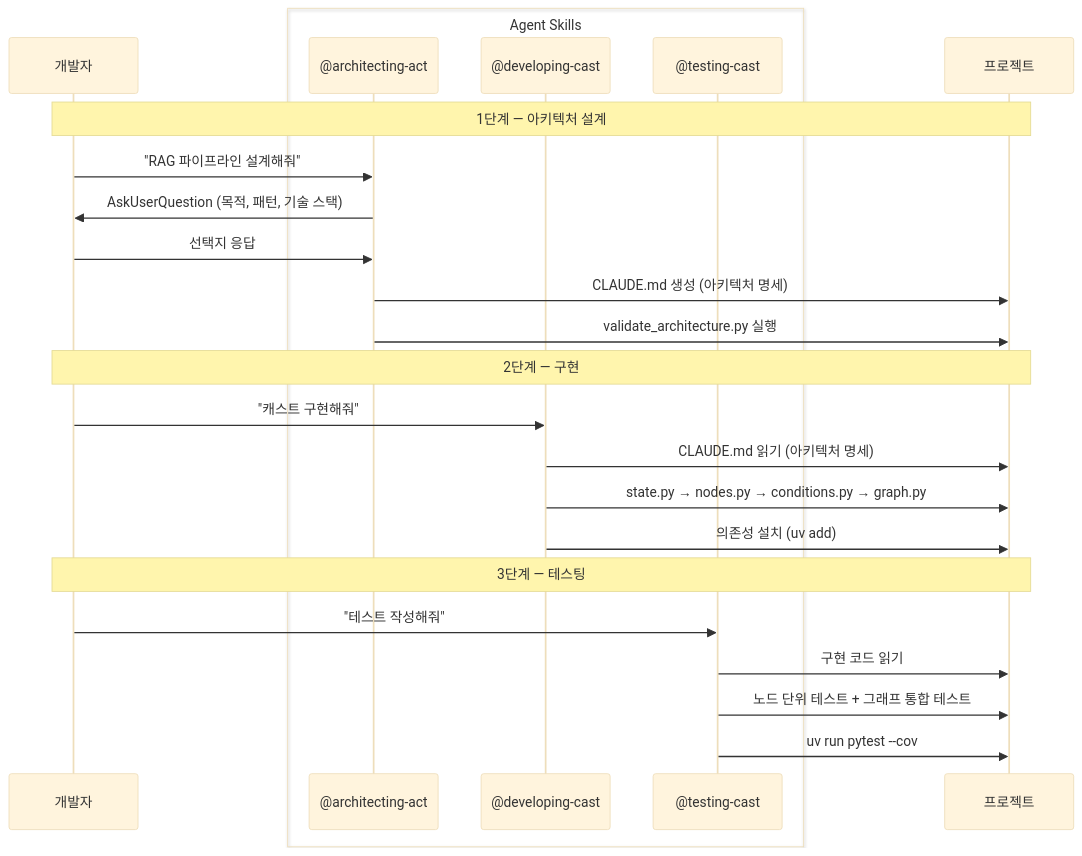
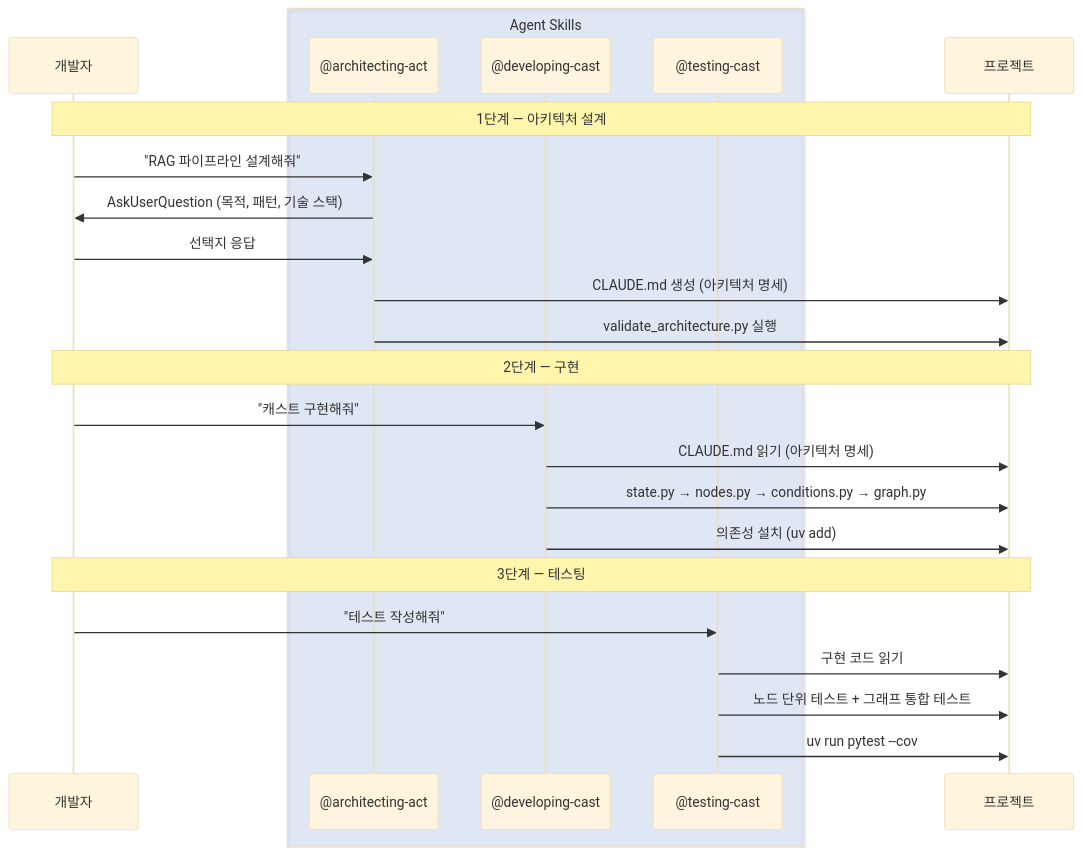
Before and after one commit to Proact0/act-operator: the third of 3 diagrams in README_KR.md, drawn with Mermaid (base theme). The commit also changed 1 other file, not shown here.

Commit message:
docs: update sequence diagram box color in README for improved visual distinction of agent skills

````diff
--- a/README_KR.md
+++ b/README_KR.md
@@ -224,29 +224,29 @@
 ```mermaid
 sequenceDiagram
     participant U as 개발자
-    box Agent Skills
+    box rgba(100, 149, 237, 0.15) Agent Skills
         participant AA as @architecting-act
         participant DC as @developing-cast
         participant TC as @testing-cast
     end
     participant P as 프로젝트
 
     Note over U,P: 1단계 — 아키텍처 설계
     U->>AA: "RAG 파이프라인 설계해줘"
     AA->>U: AskUserQuestion (목적, 패턴, 기술 스택)
     U->>AA: 선택지 응답
     AA->>P: CLAUDE.md 생성 (아키텍처 명세)
     AA->>P: validate_architecture.py 실행
 
     Note over U,P: 2단계 — 구현
     U->>DC: "캐스트 구현해줘"
     DC->>P: CLAUDE.md 읽기 (아키텍처 명세)
     DC->>P: state.py → nodes.py → conditions.py → graph.py
     DC->>P: 의존성 설치 (uv add)
 
     Note over U,P: 3단계 — 테스팅
     U->>TC: "테스트 작성해줘"
     TC->>P: 구현 코드 읽기
     TC->>P: 노드 단위 테스트 + 그래프 통합 테스트
     TC->>P: uv run pytest --cov
 ```
````
